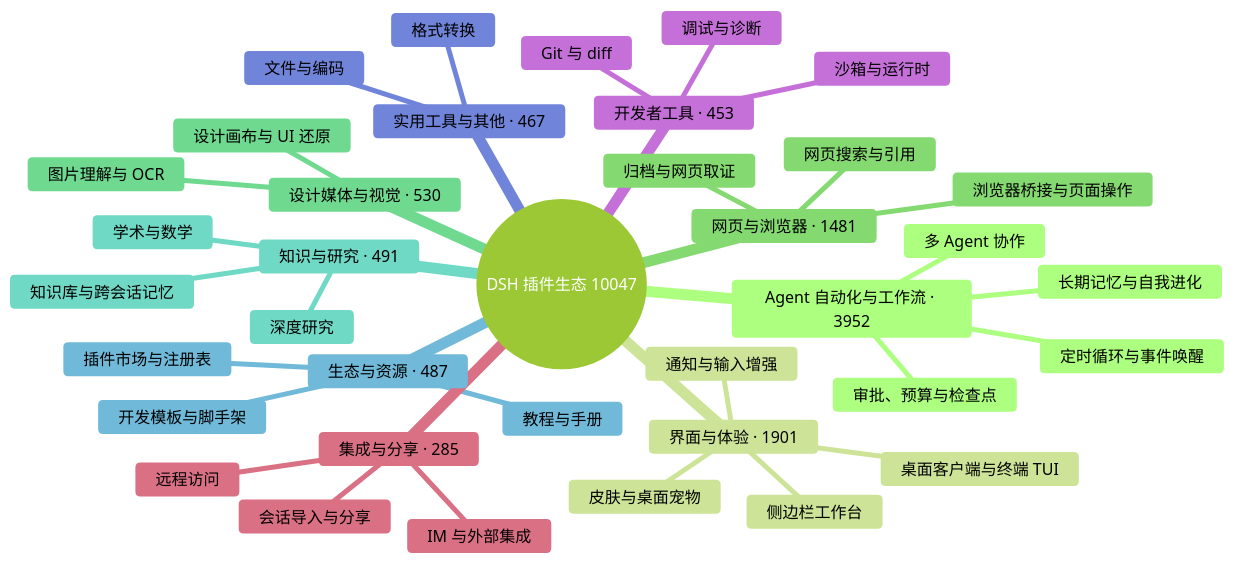
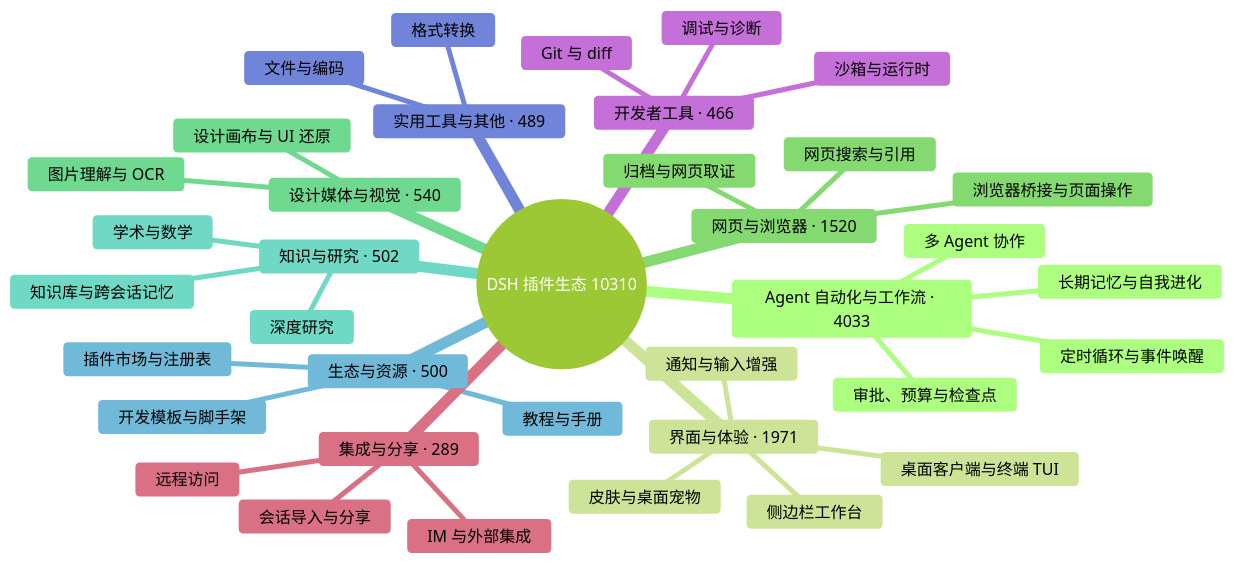
One commit to bruc3van/awesome-dsh-plugin changed the diagram in README.md. Above: the diagram before and after it, drawn with Mermaid (forest theme). The commit also changed other lines of this file and 19 other files, not shown here.

````diff
--- a/README.md
+++ b/README.md
@@ -33,40 +33,40 @@
 ```mermaid
 mindmap
-  root((DSH 插件生态 10047))
-    Agent 自动化与工作流 · 3952
+  root((DSH 插件生态 10310))
+    Agent 自动化与工作流 · 4033
       定时循环与事件唤醒
       多 Agent 协作
       长期记忆与自我进化
       审批、预算与检查点
-    界面与体验 · 1901
+    界面与体验 · 1971
       桌面客户端与终端 TUI
       侧边栏工作台
       皮肤与桌面宠物
       通知与输入增强
-    网页与浏览器 · 1481
+    网页与浏览器 · 1520
       浏览器桥接与页面操作
       网页搜索与引用
       归档与网页取证
-    设计媒体与视觉 · 530
+    设计媒体与视觉 · 540
       图片理解与 OCR
       设计画布与 UI 还原
-    知识与研究 · 491
+    知识与研究 · 502
       知识库与跨会话记忆
       深度研究
       学术与数学
-    生态与资源 · 487
+    生态与资源 · 500
       插件市场与注册表
       开发模板与脚手架
       教程与手册
-    实用工具与其他 · 467
+    实用工具与其他 · 489
       文件与编码
       格式转换
-    开发者工具 · 453
+    开发者工具 · 466
       Git 与 diff
       沙箱与运行时
       调试与诊断
-    集成与分享 · 285
+    集成与分享 · 289
       会话导入与分享
       远程访问
       IM 与外部集成
 ```
````
